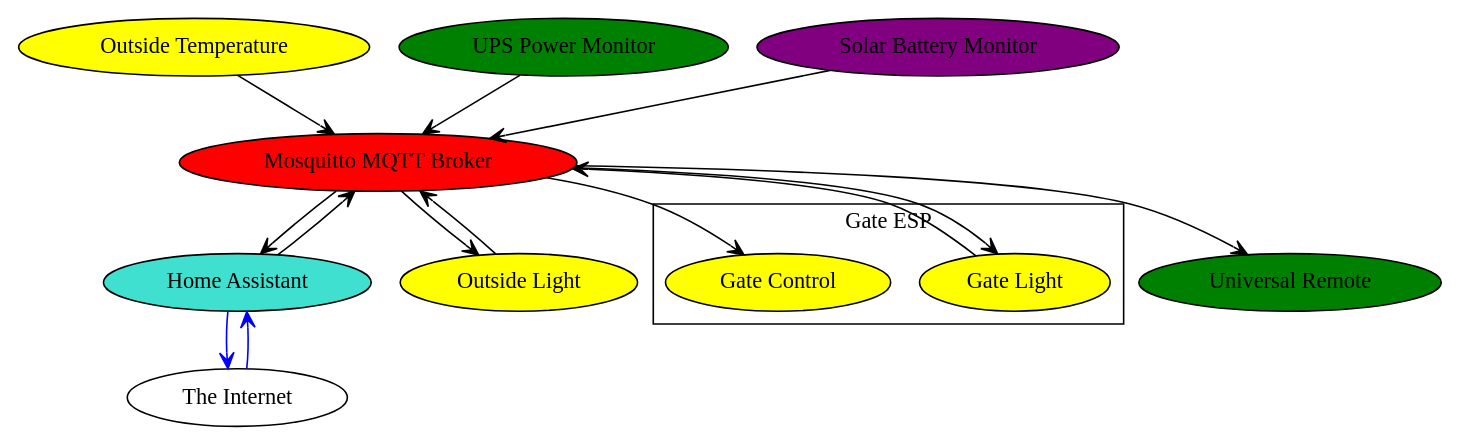
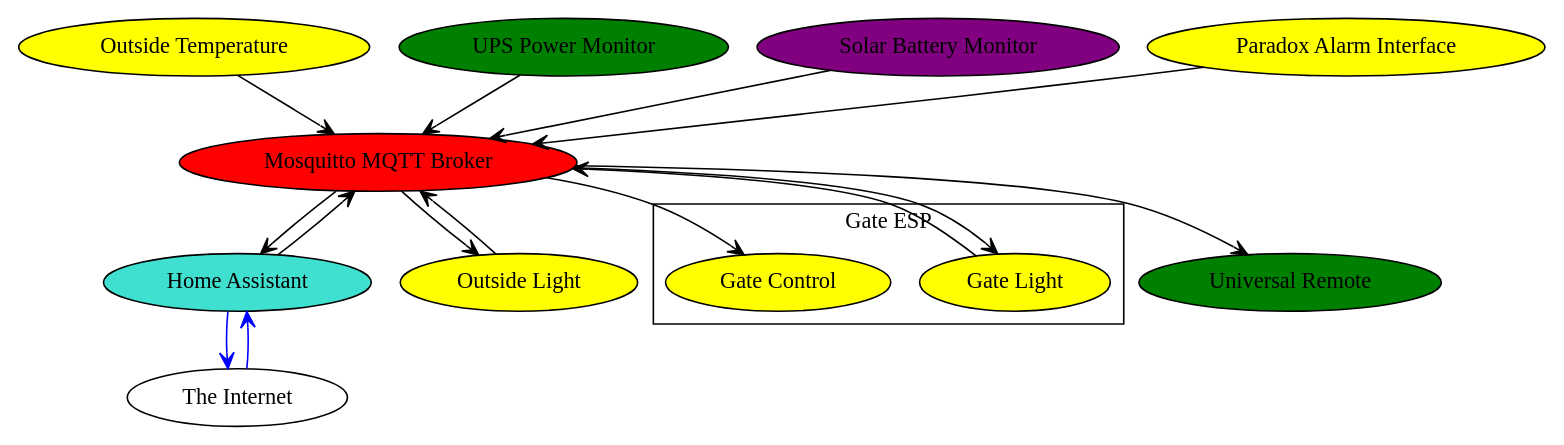
The diagram in Doc/kydhome_img/overview.dot (haemishkyd/KydHome), drawn with Graphviz before and after one commit. The commit also changed 10 other files, not shown here.

```diff
--- a/Doc/kydhome_img/overview.dot
+++ b/Doc/kydhome_img/overview.dot
@@ -1,32 +1,34 @@
 digraph G {
 "Mosquitto MQTT Broker" [style=filled, fillcolor=red];
 "Home Assistant" [style=filled, fillcolor=turquoise];
 "Outside Light" [style=filled, fillcolor=yellow];
 "Outside Temperature" [style=filled, fillcolor=yellow];
 subgraph cluster_Gate_ESP {
 label="Gate ESP";
 "Gate Light" [style=filled, fillcolor=yellow];
 "Gate Control" [style=filled, fillcolor=yellow];
 }
 
 "UPS Power Monitor" [style=filled, fillcolor=green];
 "Solar Battery Monitor" [style=filled, fillcolor=purple];
 "The Internet" [style=filled, fillcolor=white];
 "Universal Remote" [style=filled, fillcolor=green];
+"Paradox Alarm Interface" [style=filled, fillcolor=yellow];
 edge [color=black, arrowhead=vee, weight=0];
 "Mosquitto MQTT Broker" -> "Home Assistant";
 "Home Assistant" -> "Mosquitto MQTT Broker";
 "Mosquitto MQTT Broker" -> "Outside Light";
 "Outside Light" -> "Mosquitto MQTT Broker";
 "Outside Temperature" -> "Mosquitto MQTT Broker";
 "UPS Power Monitor" -> "Mosquitto MQTT Broker";
 "Solar Battery Monitor" -> "Mosquitto MQTT Broker";
 "Mosquitto MQTT Broker" -> "Gate Light";
 "Gate Light" -> "Mosquitto MQTT Broker";
 "Mosquitto MQTT Broker" -> "Gate Control";
+"Paradox Alarm Interface" -> "Mosquitto MQTT Broker";
 edge [color=blue, arrowhead=vee, weight=0];
 "The Internet" -> "Home Assistant";
 "Home Assistant" -> "The Internet";
 edge [color=black, arrowhead=vee, weight=0];
 "Mosquitto MQTT Broker" -> "Universal Remote";
 }
```
